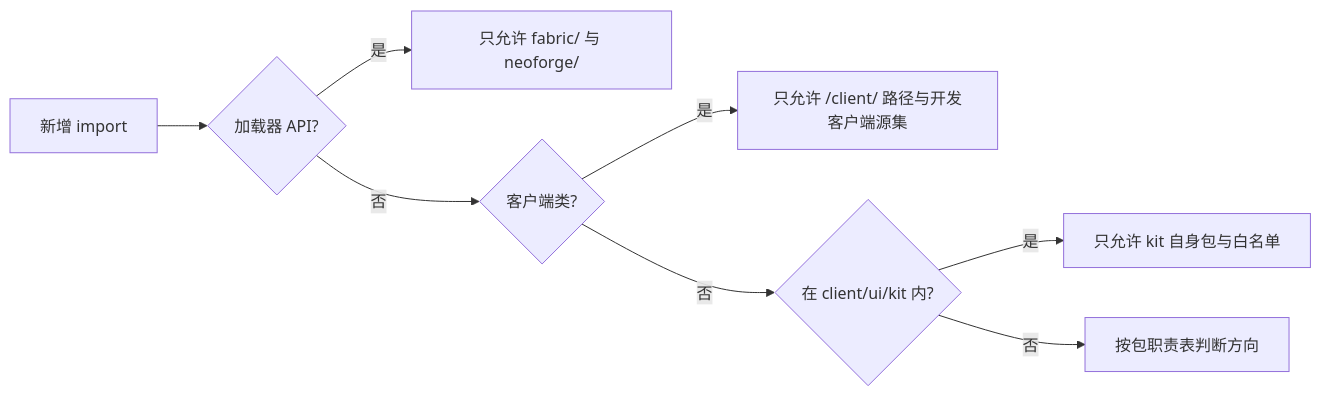
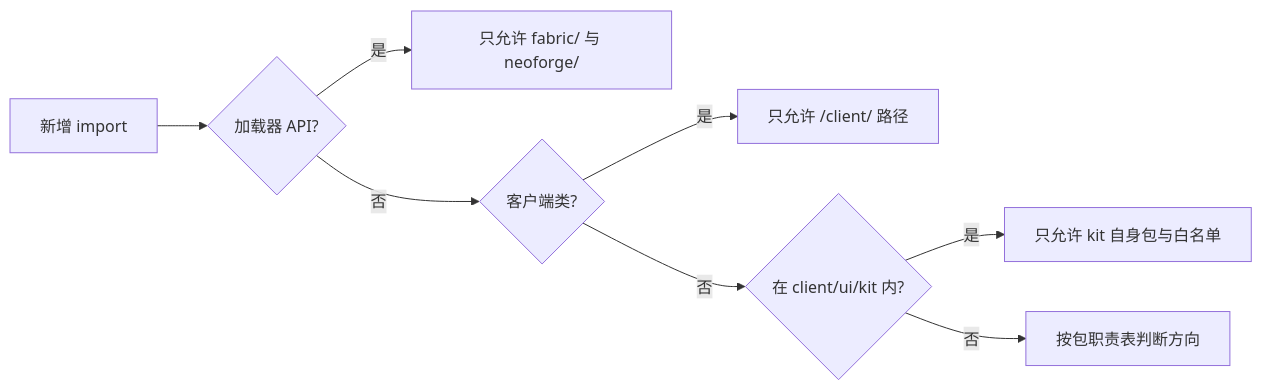
Before and after one commit to meteoritel/item-despawn-to-what: the diagram in docs/architecture/dependency-rules.md, drawn with Mermaid. The commit also changed other lines of this file and 11 other files, not shown here.

Commit message:
chore(build): 移除 NeoForge 截图验证工具

````diff
--- a/docs/architecture/dependency-rules.md
+++ b/docs/architecture/dependency-rules.md
@@ -41,10 +41,10 @@
 ```mermaid
 flowchart LR
     A["新增 import"] --> B{"加载器 API?"}
     B -- "是" --> P["只允许 fabric/ 与 neoforge/"]
     B -- "否" --> C{"客户端类?"}
-    C -- "是" --> D["只允许 /client/ 路径与开发客户端源集"]
+    C -- "是" --> D["只允许 /client/ 路径"]
     C -- "否" --> E{"在 client/ui/kit 内?"}
     E -- "是" --> F["只允许 kit 自身包与白名单"]
     E -- "否" --> G["按包职责表判断方向"]
 ```
````
